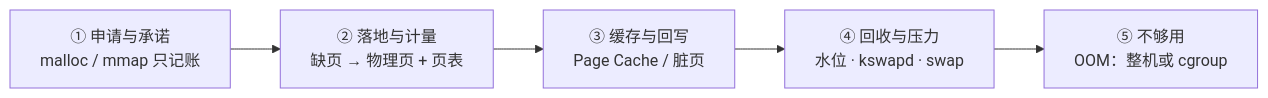
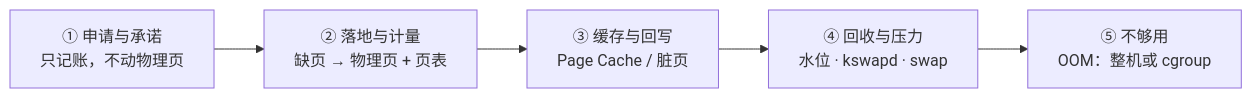
One commit to realtyz/ops-manual changed the diagram in Linux/04_内存管理与OOM/00_导读与知识地图.md. Above: the diagram before and after it, drawn with Mermaid. The commit also changed other lines of this file and 70 other files, not shown here.

````diff
--- a/Linux/04_内存管理与OOM/00_导读与知识地图.md
+++ b/Linux/04_内存管理与OOM/00_导读与知识地图.md
@@ -61,7 +18,7 @@
 ```mermaid
 flowchart LR
-  A["① 申请与承诺<br/>malloc / mmap 只记账"] --> B["② 落地与计量<br/>缺页 → 物理页 + 页表"]
+  A["① 申请与承诺<br/>只记账，不动物理页"] --> B["② 落地与计量<br/>缺页 → 物理页 + 页表"]
   B --> C["③ 缓存与回写<br/>Page Cache / 脏页"]
   C --> D["④ 回收与压力<br/>水位 · kswapd · swap"]
   D --> E["⑤ 不够用<br/>OOM：整机或 cgroup"]
 ```
````
